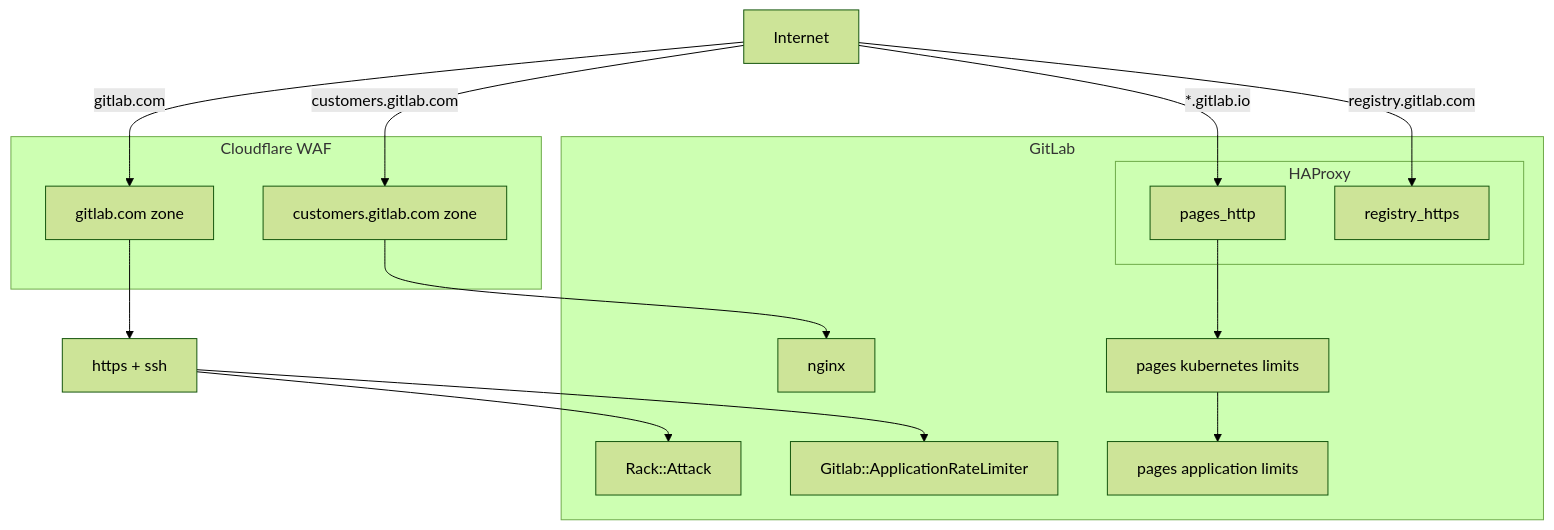
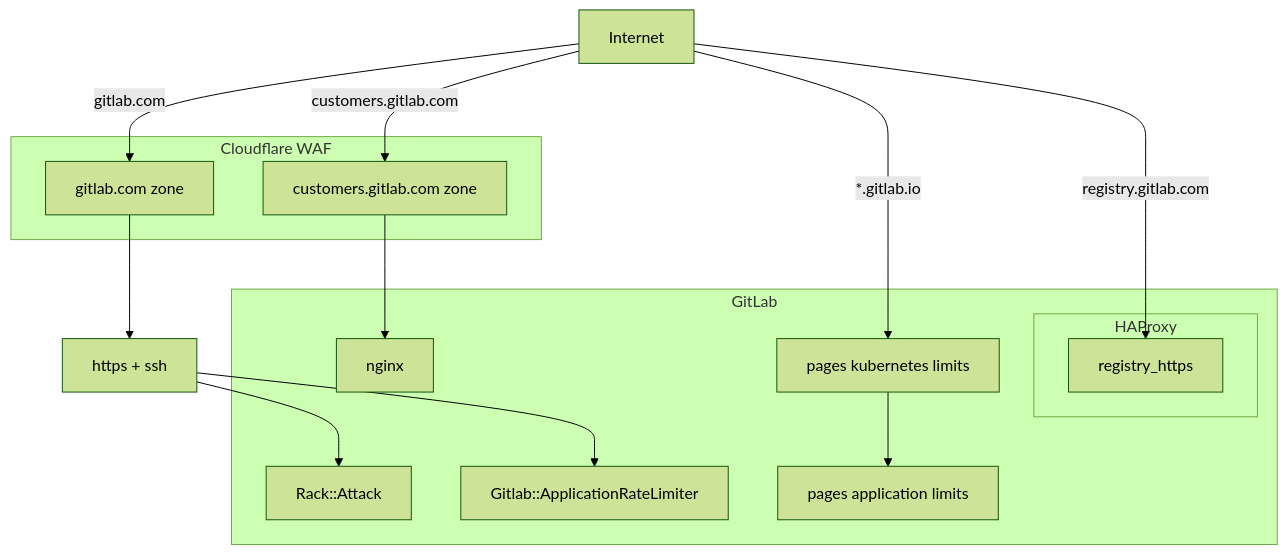
The first of 2 diagrams in content/handbook/engineering/infrastructure/rate-limiting/_index.md (zalyoung/gitlab-handbook), drawn with Mermaid (forest theme) before and after one commit.

Commit message:
Update Mermaid diagram

````diff
--- a/content/handbook/engineering/infrastructure/rate-limiting/_index.md
+++ b/content/handbook/engineering/infrastructure/rate-limiting/_index.md
@@ -22,29 +22,27 @@
 ```mermaid
 flowchart TD
     A[Internet]
     A -->|gitlab.com| D(Cloudflare WAF)
     A -->|customers.gitlab.com| F
     subgraph ide3 [Cloudflare WAF]
         D[gitlab.com zone]
         F[customers.gitlab.com zone]
     end
-    A -->|*.gitlab.io| C
+    A -->|*.gitlab.io| K
     A -->|registry.gitlab.com| N
     D --> G
     F --> H
     G[https + ssh]
     subgraph ide2 [GitLab]
         subgraph ide1 [HAProxy]
-            C[pages_http]
             N[registry_https]
         end
-        C --> K
         H[nginx]
         K[pages kubernetes limits]
         K-->M[pages application limits]
         I[Rack::Attack]
         J[Gitlab::ApplicationRateLimiter]
     end
     G --> I
     G --> J
 ```
````
